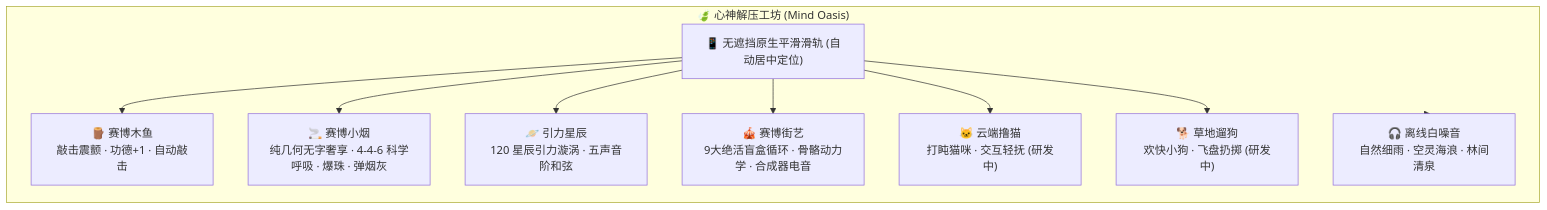
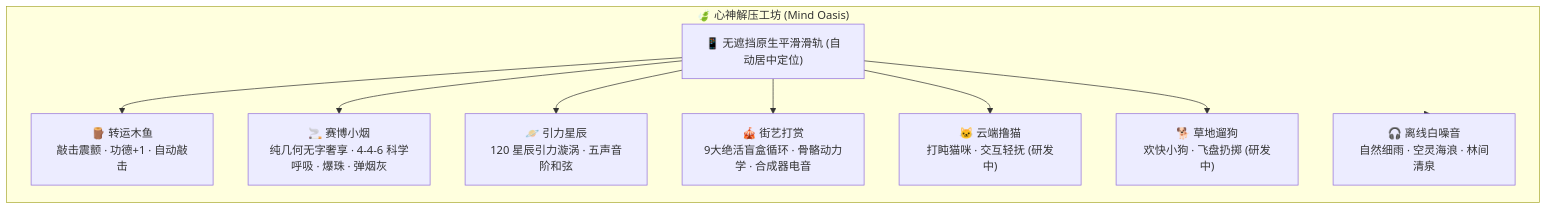
The diagram in README.md (Totorohaha/chrono_routine), drawn with Mermaid before and after one commit. The commit also changed other lines of this file and 4 other files, not shown here.

````diff
--- a/README.md
+++ b/README.md
@@ -89,15 +89,15 @@
 ```mermaid
 flowchart TD
     subgraph Oasis["🍃 心神解压工坊 (Mind Oasis)"]
         Nav["📱 无遮挡原生平滑滑轨 (自动居中定位)"]
-        G1["🪵 赛博木鱼<br/>敲击震颤 · 功德+1 · 自动敲击"]
+        G1["🪵 转运木鱼<br/>敲击震颤 · 功德+1 · 自动敲击"]
         G2["🚬 赛博小烟<br/>纯几何无字奢享 · 4-4-6 科学呼吸 · 爆珠 · 弹烟灰"]
         G3["🪐 引力星辰<br/>120 星辰引力漩涡 · 五声音阶和弦"]
-        G4["🎪 赛博街艺<br/>9大绝活盲盒循环 · 骨骼动力学 · 合成器电音"]
+        G4["🎪 街艺打赏<br/>9大绝活盲盒循环 · 骨骼动力学 · 合成器电音"]
         G5["🐱 云端撸猫<br/>打盹猫咪 · 交互轻抚 (研发中)"]
         G6["🐕 草地遛狗<br/>欢快小狗 · 飞盘扔掷 (研发中)"]
         Sound["🎧 离线白噪音<br/>自然细雨 · 空灵海浪 · 林间清泉"]
     end
     Nav --> G1 & G2 & G3 & G4 & G5 & G6
     Oasis --> Sound
 ```
````
